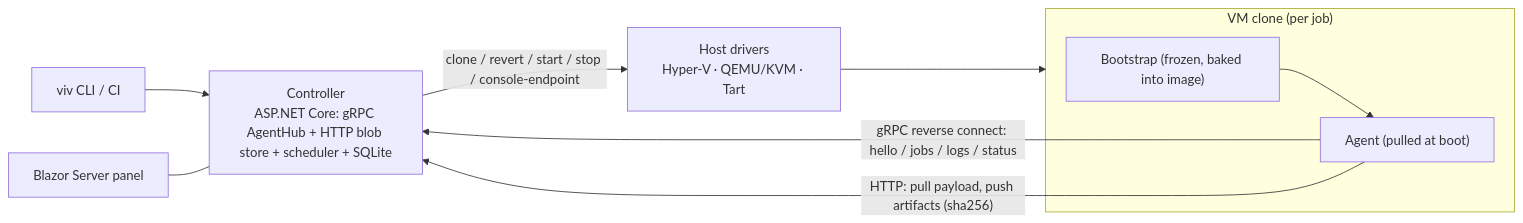
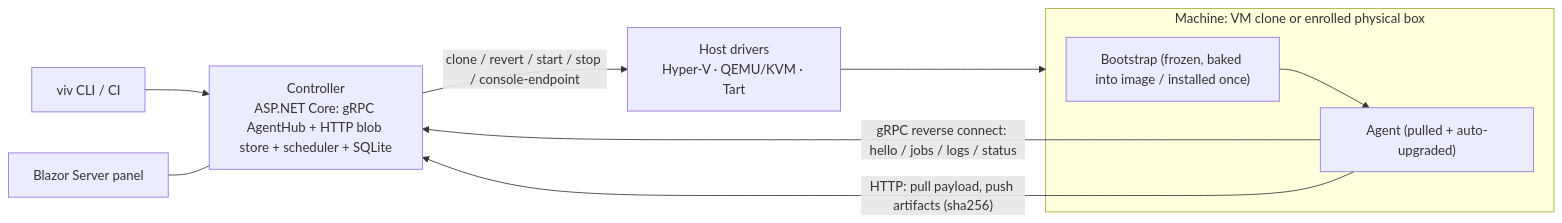
One commit to iXab3r/Vivarium changed the diagram in docs/ARCHITECTURE.md. Above: the diagram before and after it, drawn with Mermaid. The commit also changed other lines of this file and 3 other files, not shown here.

````diff
--- a/docs/ARCHITECTURE.md
+++ b/docs/ARCHITECTURE.md
@@ -47,13 +60,13 @@
 ```mermaid
 flowchart LR
     CLI["viv CLI / CI"] --> C
     UI["Blazor Server panel"] --- C
     C["Controller<br/>ASP.NET Core: gRPC AgentHub + HTTP blob store + scheduler + SQLite"]
     C -- "clone / revert / start / stop / console-endpoint" --> D["Host drivers<br/>Hyper-V · QEMU/KVM · Tart"]
-    subgraph Clone ["VM clone (per job)"]
-        B["Bootstrap (frozen, baked into image)"] --> A["Agent (pulled at boot)"]
+    subgraph Clone ["Machine: VM clone or enrolled physical box"]
+        B["Bootstrap (frozen, baked into image / installed once)"] --> A["Agent (pulled + auto-upgraded)"]
     end
     D --> Clone
     A -- "gRPC reverse connect: hello / jobs / logs / status" --> C
     A -- "HTTP: pull payload, push artifacts (sha256)" --> C
 ```
````
